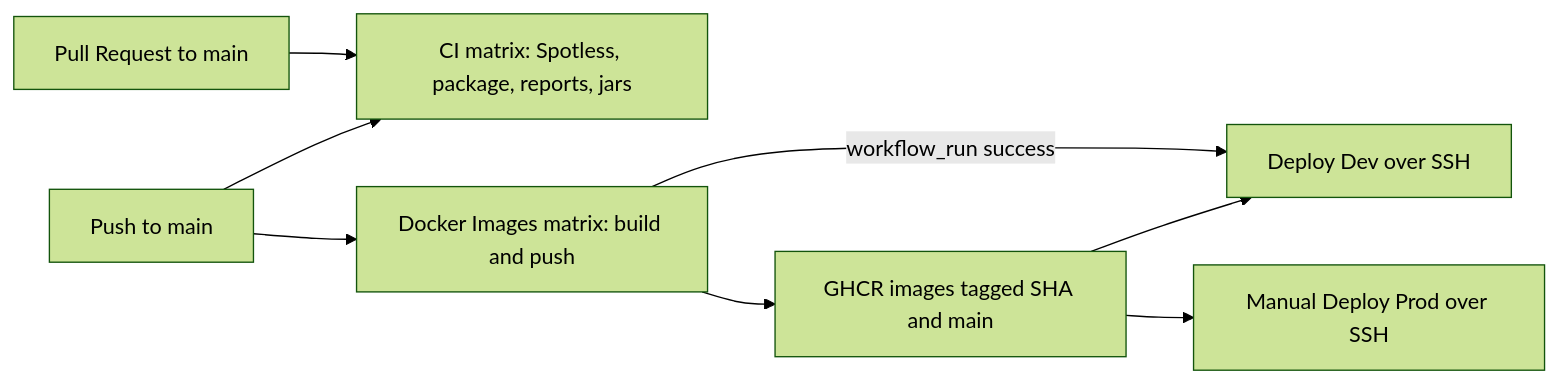
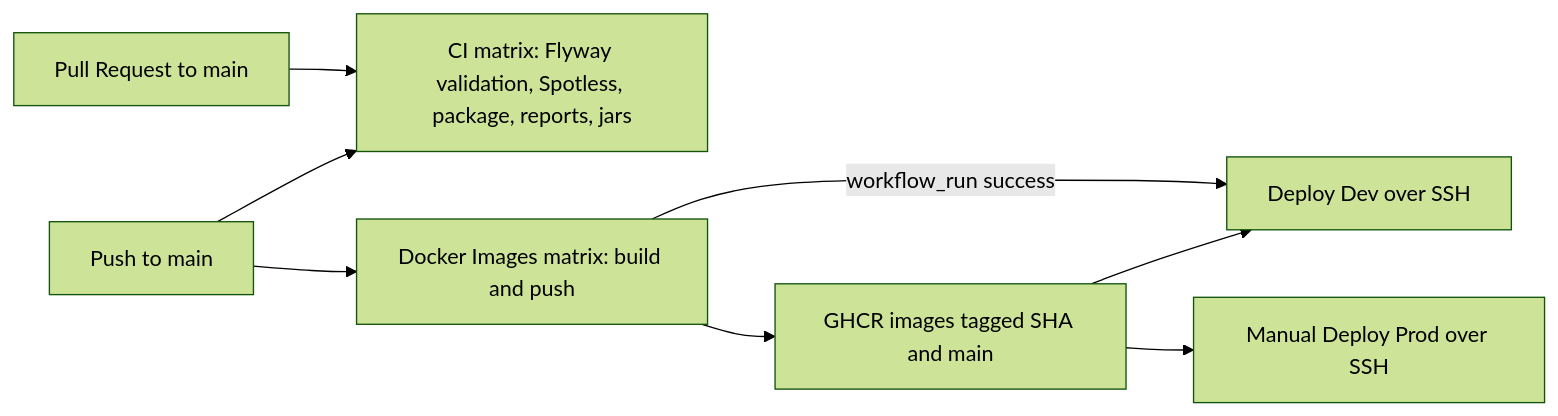
The fifth of 6 diagrams in docs/diagrams.md (jobsonrisoa/market-basket-platform), drawn with Mermaid (forest theme) before and after one commit. The commit also changed 7 other files, not shown here.

Commit message:
docs: refresh platform status and roadmap

````diff
--- a/docs/diagrams.md
+++ b/docs/diagrams.md
@@ -158,18 +158,18 @@
 ```mermaid
 flowchart LR
   pr[Pull Request to main]
   push[Push to main]
-  ci[CI matrix: Spotless, package, reports, jars]
+  ci[CI matrix: Flyway validation, Spotless, package, reports, jars]
   docker[Docker Images matrix: build and push]
   ghcr[GHCR images tagged SHA and main]
   dev[Deploy Dev over SSH]
   prod[Manual Deploy Prod over SSH]
 
   pr --> ci
   push --> ci
   push --> docker
   docker --> ghcr
   docker -->|workflow_run success| dev
   ghcr --> dev
   ghcr --> prod
 ```
````
